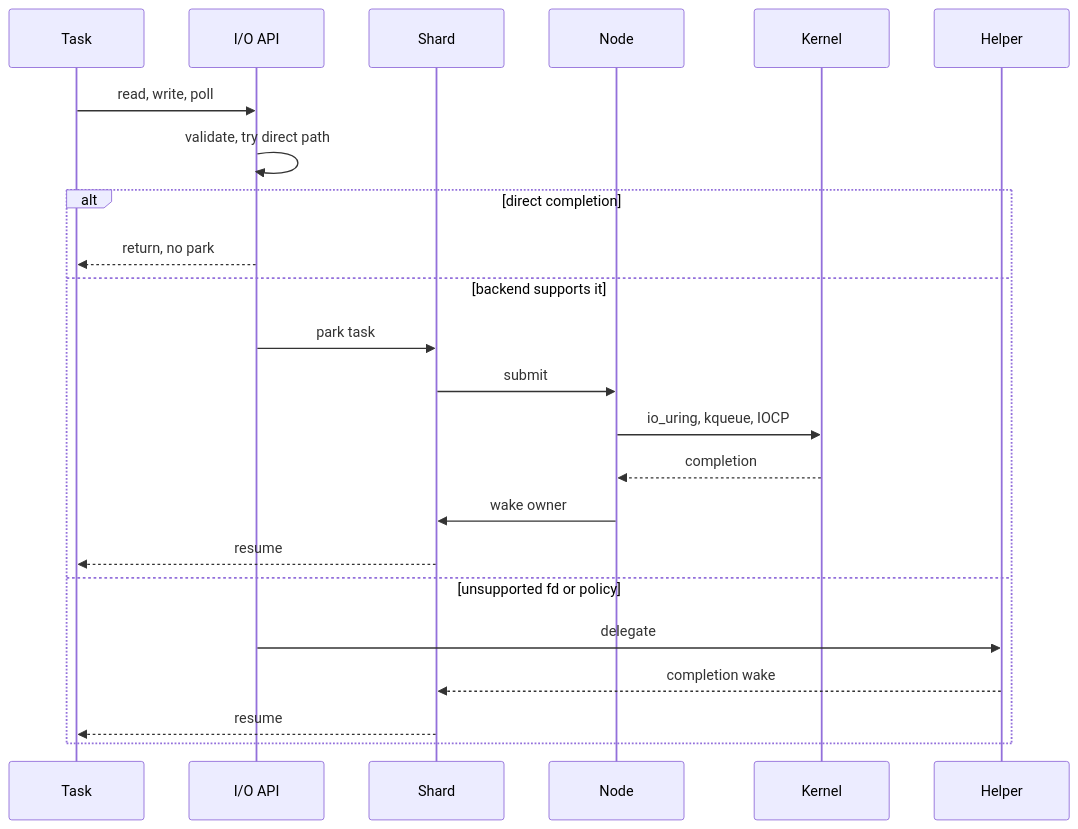
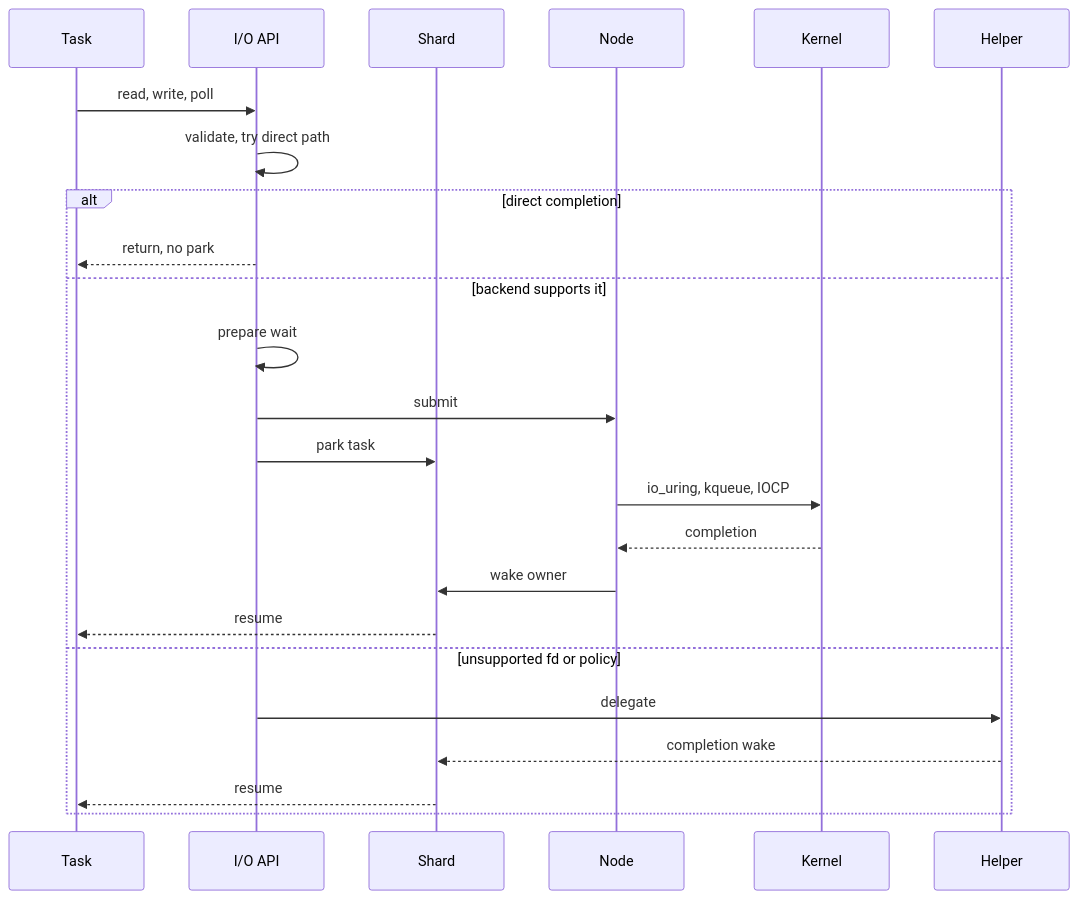
Before and after one commit to Feralthedogg/LLAM: the diagram in docs/internals/architecture/io.md, drawn with Mermaid. The commit also changed 58 other files, not shown here.

````diff
--- a/docs/internals/architecture/io.md
+++ b/docs/internals/architecture/io.md
@@ -17,26 +17,27 @@
 ```mermaid
 sequenceDiagram
     participant Task as Task
     participant API as I/O API
     participant Shard as Shard
     participant Node as Node
     participant Kernel as Kernel
     participant Helper as Helper
 
     Task->>API: read, write, poll
     API->>API: validate, try direct path
     alt direct completion
         API-->>Task: return, no park
     else backend supports it
+        API->>API: prepare wait
+        API->>Node: submit
         API->>Shard: park task
-        Shard->>Node: submit
         Node->>Kernel: io_uring, kqueue, IOCP
         Kernel-->>Node: completion
         Node->>Shard: wake owner
         Shard-->>Task: resume
     else unsupported fd or policy
         API->>Helper: delegate
         Helper-->>Shard: completion wake
         Shard-->>Task: resume
     end
 ```
````
